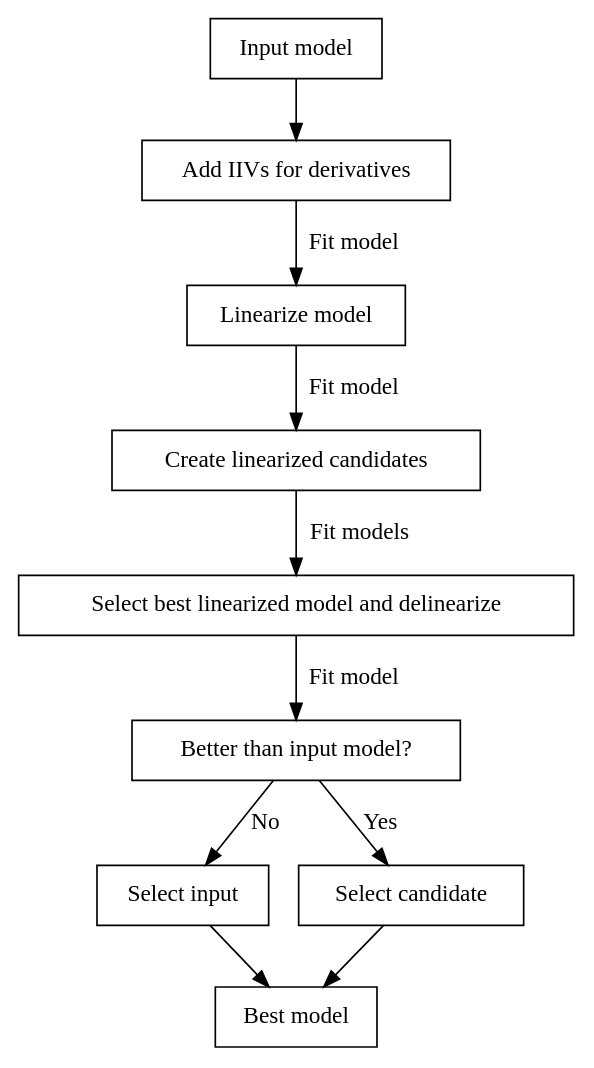
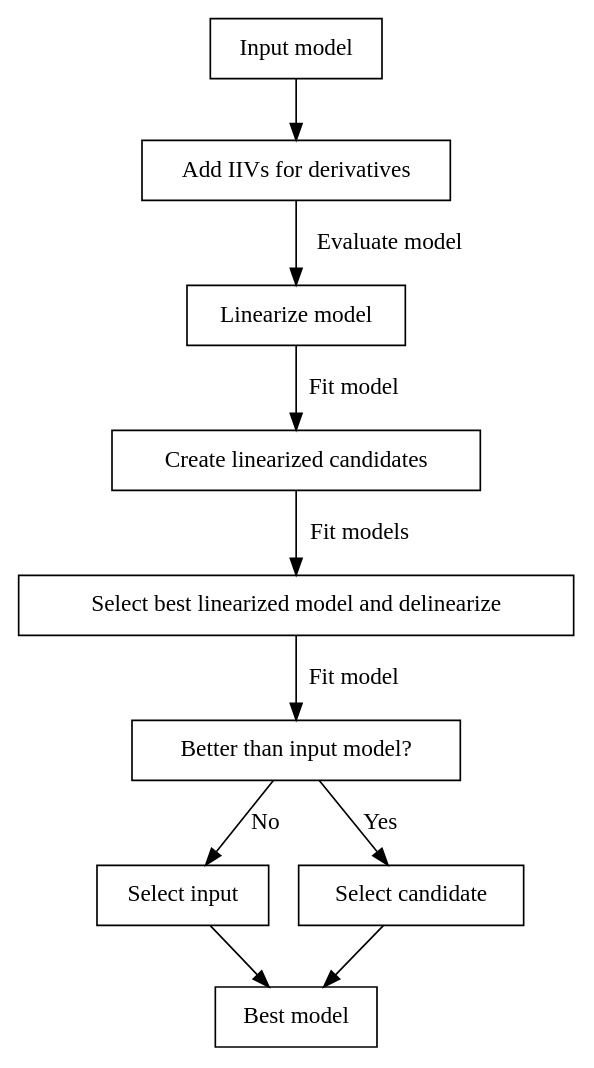
One commit to pharmpy/pharmpy changed the seventh of 7 diagrams in docs/iivsearch.rst. Above: the diagram before and after it, drawn with Graphviz.

Commit message:
Minor fix to IIVSearch docs

```diff
--- a/docs/iivsearch.rst
+++ b/docs/iivsearch.rst
@@ -437,53 +437,53 @@
 .. graphviz::
 
     digraph G {
       draw [
         label = "Input model";
         shape = rect;
       ];
       derivative [
         label = "Add IIVs for derivatives";
         shape = rect;
       ];
       linearize [
           label = "Linearize model";
           shape = rect;
       ]
       cands [
           label = "Create linearized candidates";
           shape = rect;
       ]
       best_cand [
           label = "Select best linearized model and delinearize";
           shape = rect;
       ]
       better [
           label = "Better than input model?";
           shape = rect;
       ]
       select_lin [
           label = "Select input";
           shape = rect;
       ]
       select_input [
           label = "Select candidate";
           shape = rect;
       ]
       done [
           label = "Best model";
           shape = rect;
       ]
 
       draw -> derivative;
-      derivative -> linearize[label = "Fit model"];
+      derivative -> linearize[label = "Evaluate model"];
       linearize -> cands[label = "Fit model"];
       cands -> best_cand[label = "Fit models"];
       best_cand -> better[label = "Fit model"];
 
       better -> select_input[label = "Yes"];
       better -> select_lin [label = "No"];
 
       select_input -> done;
       select_lin -> done;
 
     }
```
